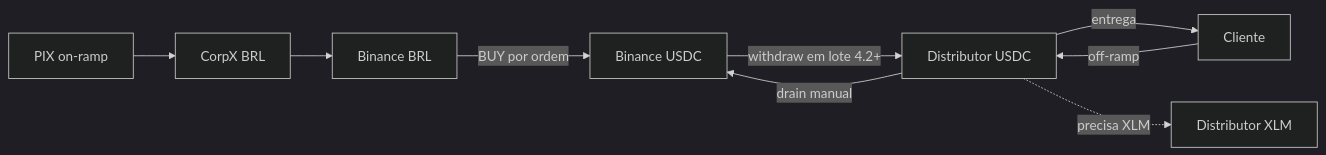
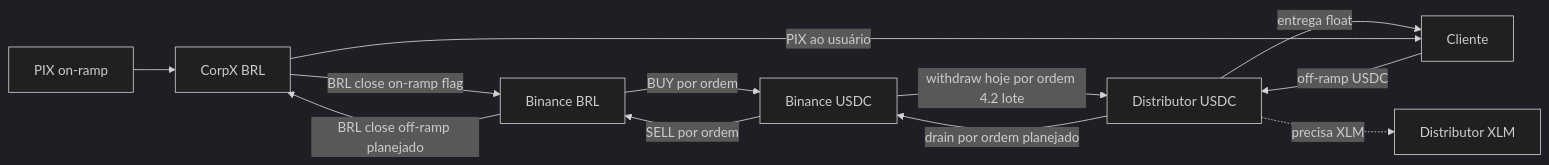
Before and after one commit to HighLiquidity/hili-stellar-mvp: the diagram in TREASURY_ARCHITECTURE.md, drawn with Mermaid (dark theme). The commit also changed other lines of this file and 12 other files, not shown here.

First line of the commit message:
feat: close on-ramp BRL after Binance BUY

````diff
--- a/TREASURY_ARCHITECTURE.md
+++ b/TREASURY_ARCHITECTURE.md
@@ -51,11 +62,14 @@
 ```mermaid
 flowchart LR
   PIX_IN[PIX on-ramp] --> CorpX[CorpX BRL]
-  CorpX --> BinBRL[Binance BRL]
+  CorpX -->|BRL close on-ramp flag| BinBRL[Binance BRL]
   BinBRL -->|BUY por ordem| BinUSDC[Binance USDC]
-  BinUSDC -->|withdraw em lote 4.2+| Dist[Distributor USDC]
-  Dist -->|entrega| Client[Cliente]
-  Client -->|off-ramp| Dist
-  Dist -->|drain manual| BinUSDC
+  BinUSDC -->|withdraw hoje por ordem 4.2 lote| Dist[Distributor USDC]
+  Dist -->|entrega float| Client[Cliente]
+  Client -->|off-ramp USDC| Dist
+  Dist -->|drain por ordem planejado| BinUSDC
   Dist -.->|precisa XLM| XLM[Distributor XLM]
+  CorpX -->|PIX ao usuário| Client
+  BinUSDC -->|SELL por ordem| BinBRL
+  BinBRL -->|BRL close off-ramp planejado| CorpX
 ```
````
